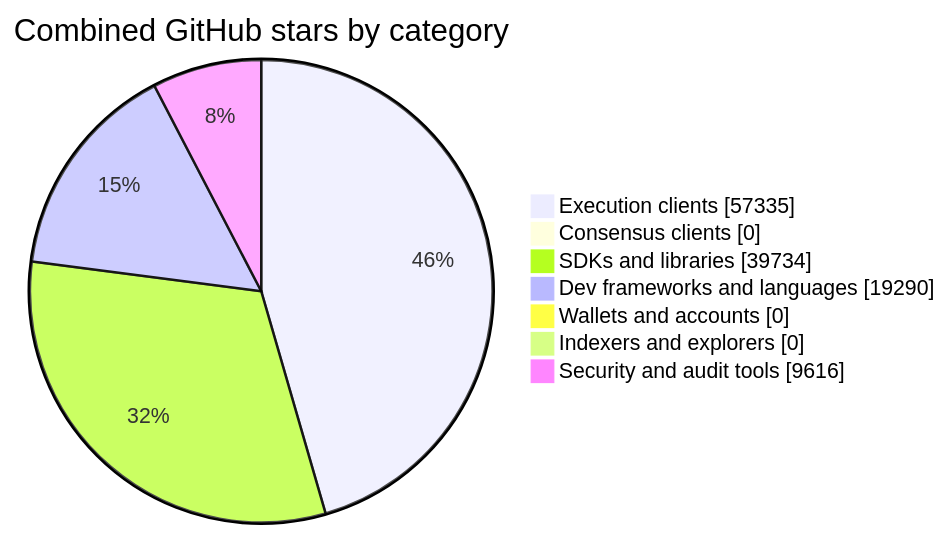
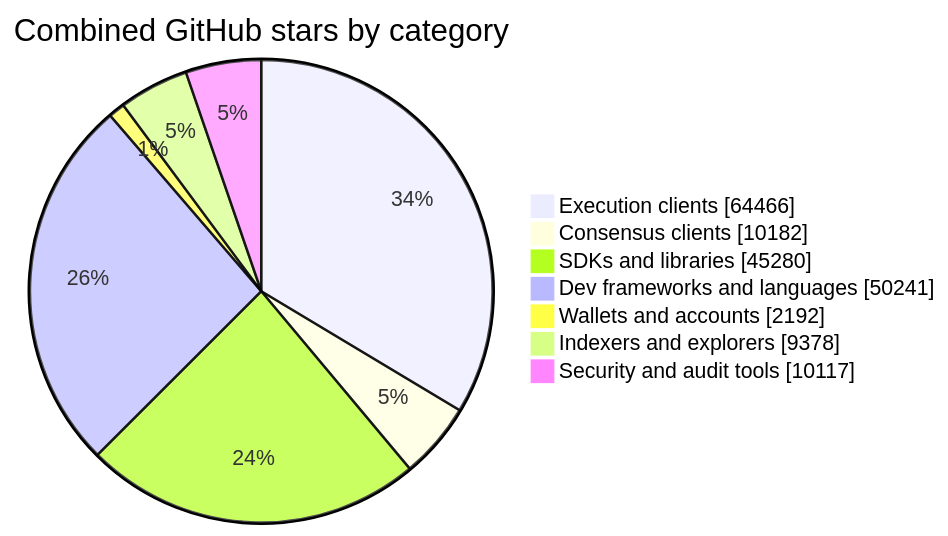
One commit to EdisonTKPcom/Awesome-Craft-Ethereum changed the diagram in README.md. Above: the diagram before and after it, drawn with Mermaid. The commit also changed other lines of this file, not shown here.

````diff
--- a/README.md
+++ b/README.md
@@ -65,11 +68,11 @@
 ```mermaid
 pie showData
     title Combined GitHub stars by category
-    "Execution clients" : 57335
-    "Consensus clients" : 0
-    "SDKs and libraries" : 39734
-    "Dev frameworks and languages" : 19290
-    "Wallets and accounts" : 0
-    "Indexers and explorers" : 0
-    "Security and audit tools" : 9616
+    "Execution clients" : 64466
+    "Consensus clients" : 10182
+    "SDKs and libraries" : 45280
+    "Dev frameworks and languages" : 50241
+    "Wallets and accounts" : 2192
+    "Indexers and explorers" : 9378
+    "Security and audit tools" : 10117
 ```
````
